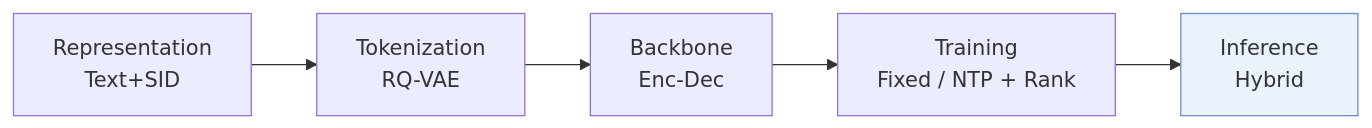
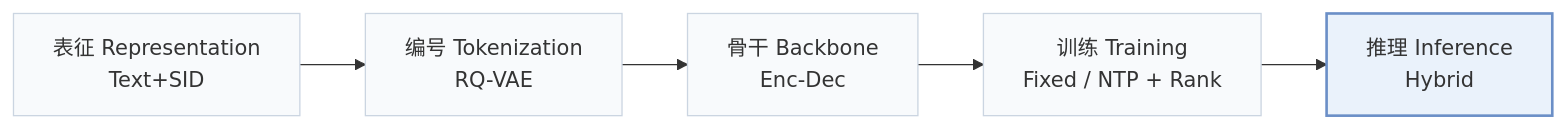
Before and after one commit to Galaxy-ghost/Awesome-SID-Generative-Rec: the first of 2 diagrams in pages/zh/papers/specgr.md, drawn with Mermaid. The commit also changed other lines of this file and 649 other files, not shown here.

Commit message:
writer-05: also tags and modality index (schema, check, build, visuals); summary field removed; calibration data for 12 papers

````diff
--- a/pages/zh/papers/specgr.md
+++ b/pages/zh/papers/specgr.md
@@ -13,6 +15,8 @@
 ```mermaid
 flowchart LR
-    R["Representation<br/>Text+SID"] --> T["Tokenization<br/>RQ-VAE"] --> B["Backbone<br/>Enc-Dec"] --> TR["Training<br/>Fixed / NTP + Rank"] --> I["Inference<br/>Hybrid"]
-    classDef main fill:#eaf2fb,stroke:#6b8fc7
+    R["表征 Representation<br/>Text+SID"] --> T["编号 Tokenization<br/>RQ-VAE"] --> B["骨干 Backbone<br/>Enc-Dec"] --> TR["训练 Training<br/>Fixed / NTP + Rank"] --> I["推理 Inference<br/>Hybrid"]
+    classDef base fill:#f8fafc,stroke:#cbd5e1
+    class R,T,B,TR,I base
+    classDef main fill:#eaf2fb,stroke:#6b8fc7,stroke-width:2px
     class I main
 ```
````
